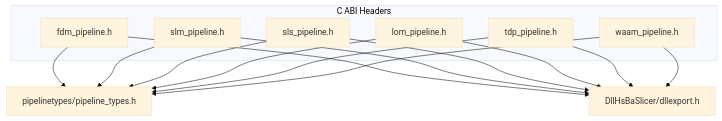
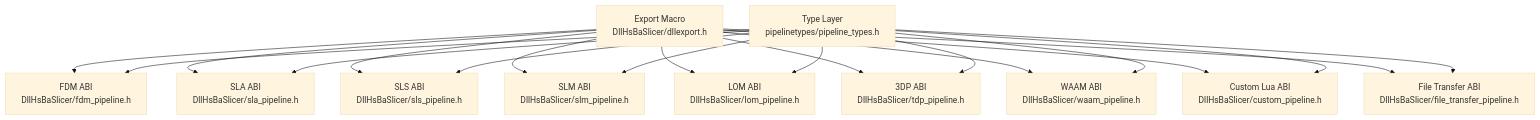
One commit to hsmbanlance/HsBaSlicer changed the first of 6 diagrams in .qoder/repowiki/en/content/API Reference/C ABI Interface.md. Above: the diagram before and after it, drawn with Mermaid (base theme). The commit also changed other lines of this file and 1135 other files, not shown here.

````diff
--- a/.qoder/repowiki/en/content/API Reference/C ABI Interface.md
+++ b/.qoder/repowiki/en/content/API Reference/C ABI Interface.md
@@ -43,25 +47,32 @@
 ```mermaid
 graph TB
-subgraph "C ABI Headers"
-FDM["fdm_pipeline.h"]
-SLM["slm_pipeline.h"]
-SLS["sls_pipeline.h"]
-LOM["lom_pipeline.h"]
-TDP["tdp_pipeline.h"]
-WAAM["waam_pipeline.h"]
-end
-Types["pipelinetypes/pipeline_types.h"]
-Export["DllHsBaSlicer/dllexport.h"]
-FDM --> Types
-SLM --> Types
-SLS --> Types
-LOM --> Types
-TDP --> Types
-WAAM --> Types
-FDM --> Export
-SLM --> Export
-SLS --> Export
-LOM --> Export
-TDP --> Export
-WAAM --> Export
+Types["Type Layer<br/>pipelinetypes/pipeline_types.h"]
+FDM["FDM ABI<br/>DllHsBaSlicer/fdm_pipeline.h"]
+SLA["SLA ABI<br/>DllHsBaSlicer/sla_pipeline.h"]
+SLS["SLS ABI<br/>DllHsBaSlicer/sls_pipeline.h"]
+SLM["SLM ABI<br/>DllHsBaSlicer/slm_pipeline.h"]
+LOM["LOM ABI<br/>DllHsBaSlicer/lom_pipeline.h"]
+TDP["3DP ABI<br/>DllHsBaSlicer/tdp_pipeline.h"]
+WAAM["WAAM ABI<br/>DllHsBaSlicer/waam_pipeline.h"]
+Custom["Custom Lua ABI<br/>DllHsBaSlicer/custom_pipeline.h"]
+FileXfer["File Transfer ABI<br/>DllHsBaSlicer/file_transfer_pipeline.h"]
+Macro["Export Macro<br/>DllHsBaSlicer/dllexport.h"]
+Macro --> FDM
+Macro --> SLA
+Macro --> SLS
+Macro --> SLM
+Macro --> LOM
+Macro --> TDP
+Macro --> WAAM
+Macro --> Custom
+Macro --> FileXfer
+Types --> FDM
+Types --> SLA
+Types --> SLS
+Types --> SLM
+Types --> LOM
+Types --> TDP
+Types --> WAAM
+Types --> Custom
+Types --> FileXfer
 ```
````
